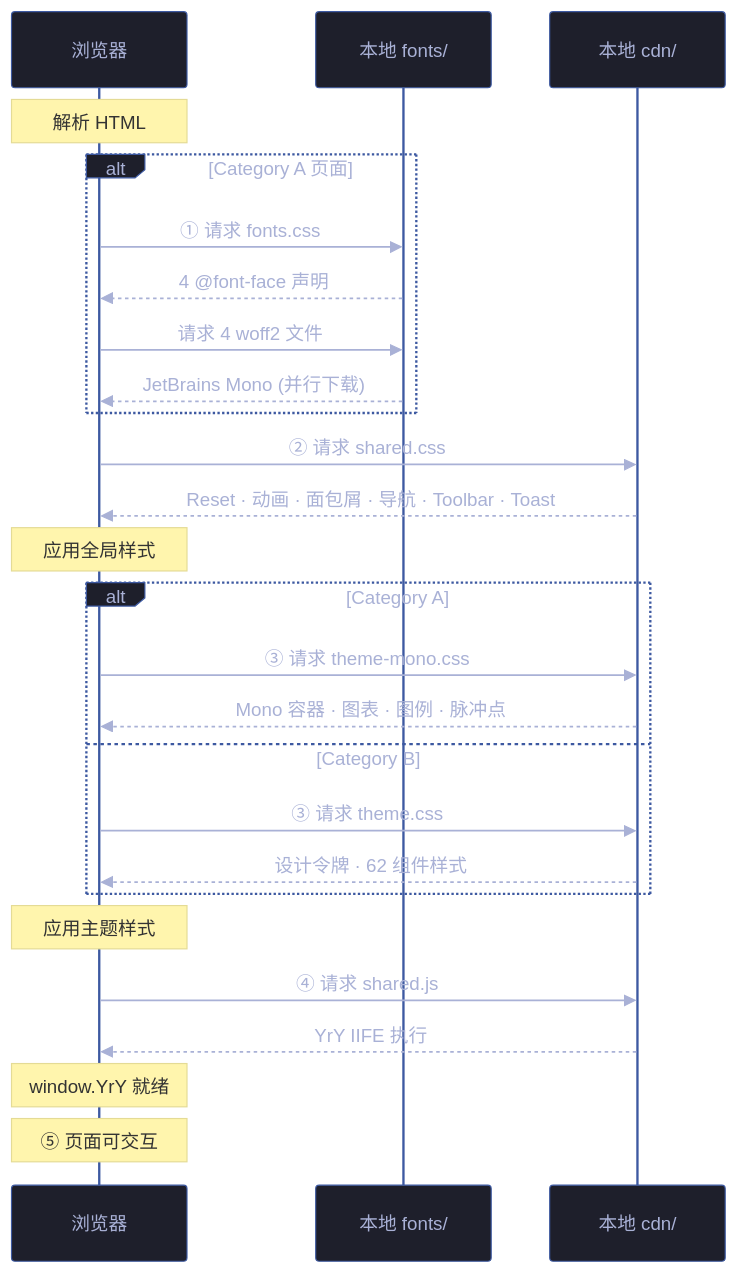
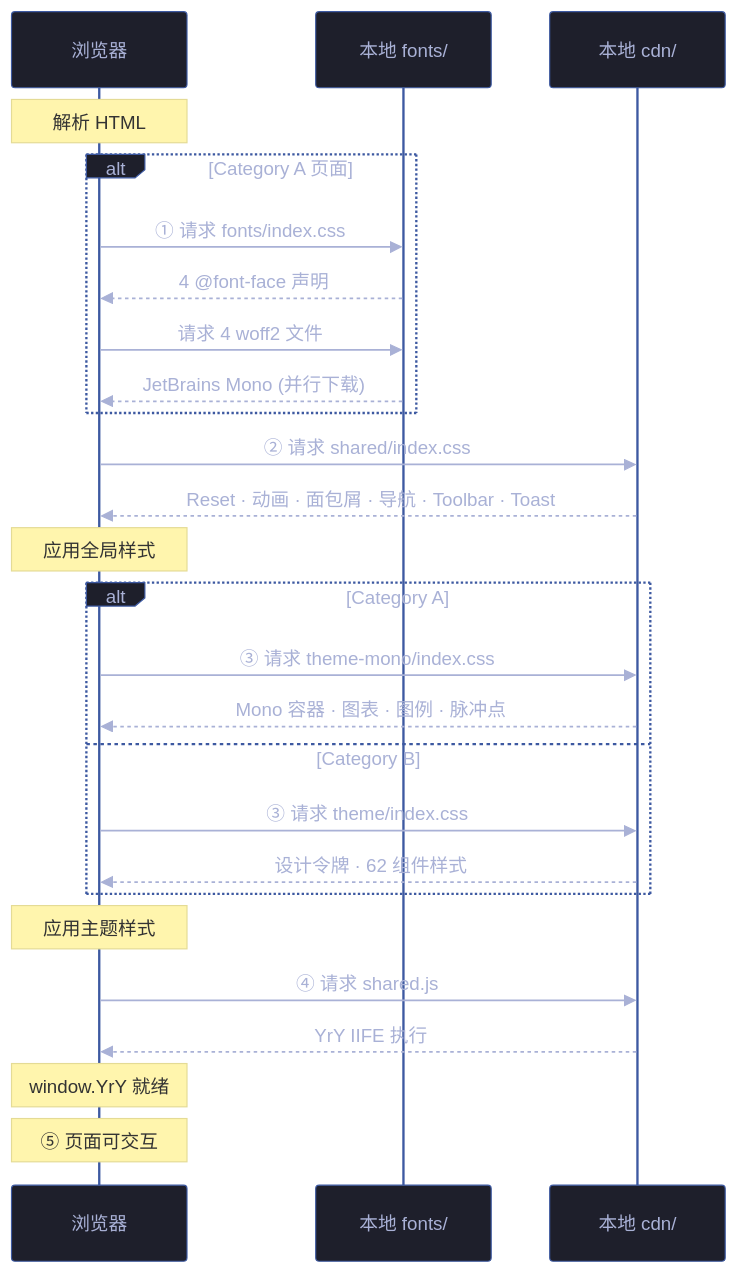
The third of 3 diagrams in cdn/故事任务面板/cdn/场景-1-cdn资源加载与页面渲染/index.md (effiy/YrY), drawn with Mermaid before and after one commit. The commit also changed other lines of this file and 553 other files, not shown here.

````diff
--- a/cdn/故事任务面板/cdn/场景-1-cdn资源加载与页面渲染/index.md
+++ b/cdn/故事任务面板/cdn/场景-1-cdn资源加载与页面渲染/index.md
@@ -107,42 +107,42 @@
 ```mermaid
 %%{init: {'theme': 'base', 'themeVariables': {
   'primaryColor': '#1e1f2b',
   'primaryTextColor': '#a9b1d6',
   'primaryBorderColor': '#3d59a1',
   'lineColor': '#3d59a1',
   'secondaryColor': '#2b2d3b',
   'tertiaryColor': '#21232f'
 }}}%%
 sequenceDiagram
     participant B as 浏览器
     participant F as 本地 fonts/
     participant L as 本地 cdn/
 
     Note over B: 解析 HTML
 
     alt Category A 页面
-        B->>F: ① 请求 fonts.css
+        B->>F: ① 请求 fonts/index.css
         F-->>B: 4 @font-face 声明
         B->>F: 请求 4 woff2 文件
         F-->>B: JetBrains Mono (并行下载)
     end
 
-    B->>L: ② 请求 shared.css
+    B->>L: ② 请求 shared/index.css
     L-->>B: Reset · 动画 · 面包屑 · 导航 · Toolbar · Toast
     Note over B: 应用全局样式
 
     alt Category A
-        B->>L: ③ 请求 theme-mono.css
+        B->>L: ③ 请求 theme-mono/index.css
         L-->>B: Mono 容器 · 图表 · 图例 · 脉冲点
     else Category B
-        B->>L: ③ 请求 theme.css
+        B->>L: ③ 请求 theme/index.css
         L-->>B: 设计令牌 · 62 组件样式
     end
     Note over B: 应用主题样式
 
     B->>L: ④ 请求 shared.js
     L-->>B: YrY IIFE 执行
     Note over B: window.YrY 就绪
 
     Note over B: ⑤ 页面可交互
 ```
````
